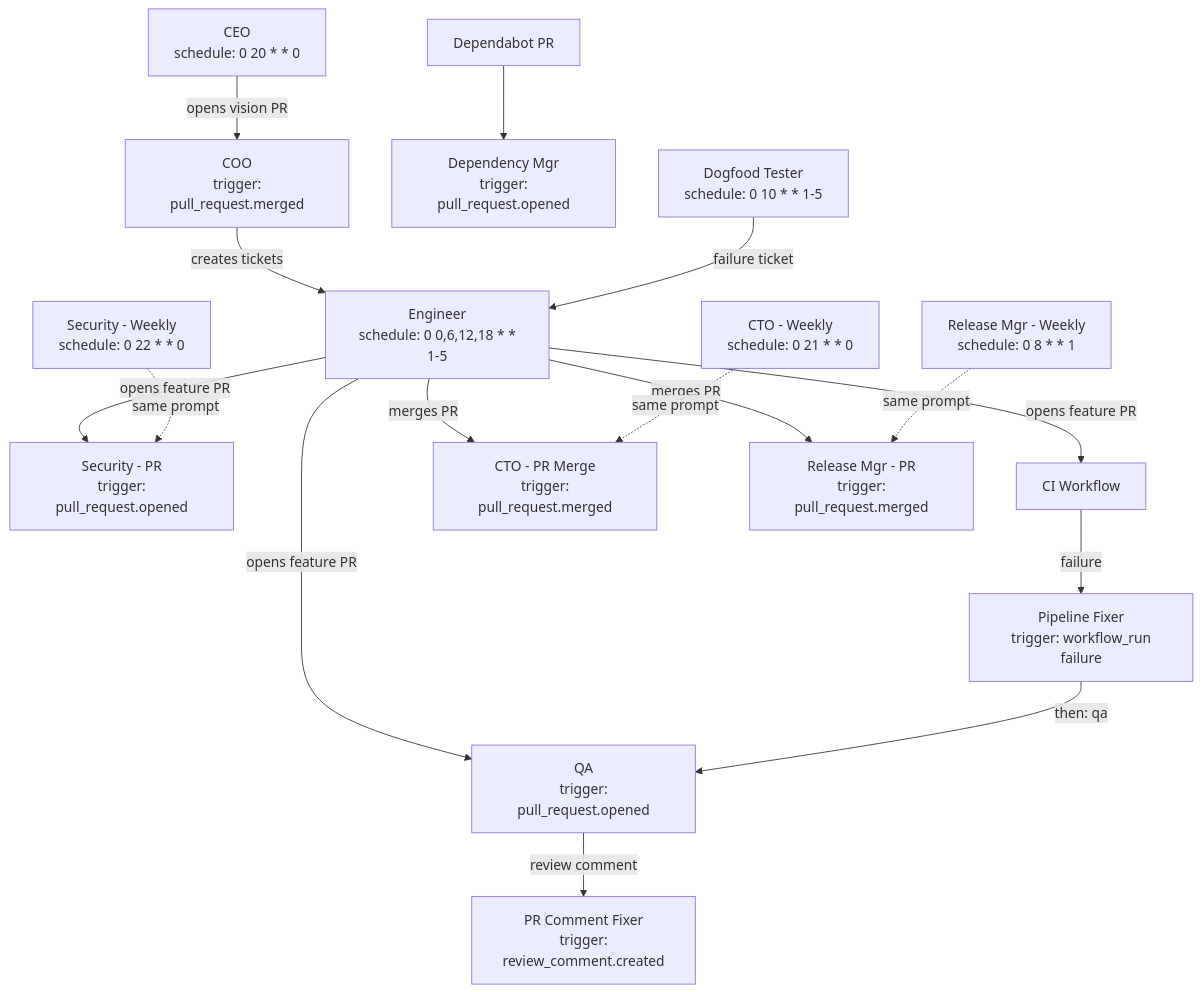
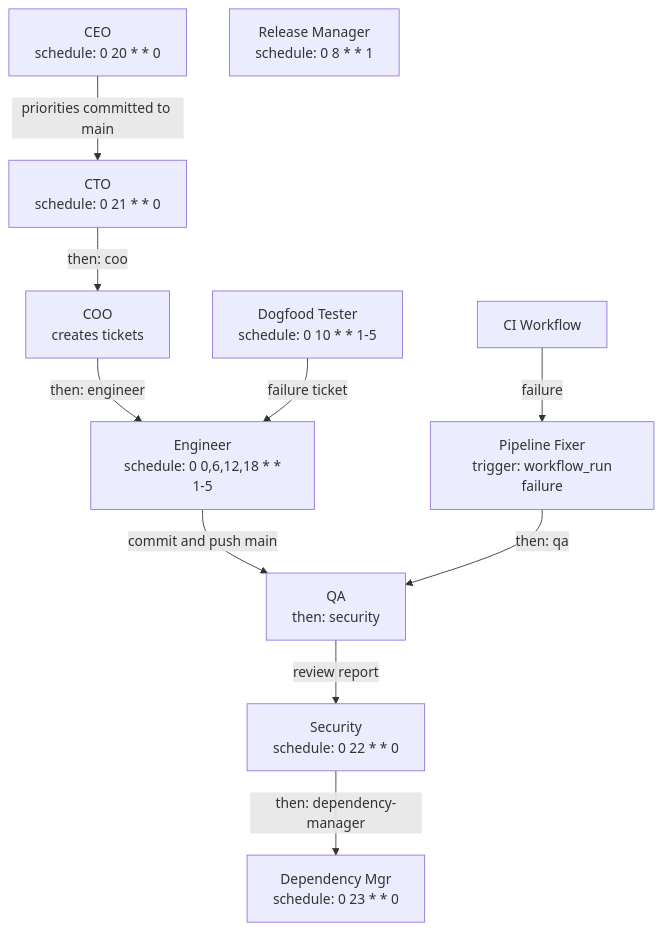
Before and after one commit to greaveselliott/MARS: the diagram in docs/design-docs/trigger-orchestration.md, drawn with Mermaid. The commit also changed other lines of this file and 57 other files, not shown here.

````diff
--- a/docs/design-docs/trigger-orchestration.md
+++ b/docs/design-docs/trigger-orchestration.md
@@ -63,18 +61,13 @@
 ```mermaid
 flowchart TD
-    CEO["CEO\n schedule: 0 20 * * 0"] -->|"opens vision PR"| COO["COO\n trigger: pull_request.merged"]
-    COO -->|"creates tickets"| Engineer["Engineer\n schedule: 0 0,6,12,18 * * 1-5"]
-    Engineer -->|"opens feature PR"| QA["QA\n trigger: pull_request.opened"]
-    Engineer -->|"opens feature PR"| SecurityPR["Security - PR\n trigger: pull_request.opened"]
-    Engineer -->|"opens feature PR"| CI["CI Workflow"]
-    CI -->|failure| Fixer["Pipeline Fixer\n trigger: workflow_run failure"]
+    CEO["CEO\n schedule: 0 20 * * 0"] -->|"priorities committed to main"| CTO["CTO\n schedule: 0 21 * * 0"]
+    CTO -->|"then: coo"| COO["COO\n creates tickets"]
+    COO -->|"then: engineer"| Engineer["Engineer\n schedule: 0 0,6,12,18 * * 1-5"]
+    Engineer -->|"commit and push main"| QA["QA\n then: security"]
+    QA -->|"review report"| Security["Security\n schedule: 0 22 * * 0"]
+    Security -->|"then: dependency-manager"| DepMgr["Dependency Mgr\n schedule: 0 23 * * 0"]
+    CI["CI Workflow"] -->|failure| Fixer["Pipeline Fixer\n trigger: workflow_run failure"]
     Fixer -->|"then: qa"| QA
-    QA -->|"review comment"| PRFixer["PR Comment Fixer\n trigger: review_comment.created"]
-    Engineer -->|"merges PR"| CTOPR["CTO - PR Merge\n trigger: pull_request.merged"]
-    Engineer -->|"merges PR"| ReleaseP["Release Mgr - PR\n trigger: pull_request.merged"]
-    CTOWeekly["CTO - Weekly\n schedule: 0 21 * * 0"] -.->|"same prompt"| CTOPR
-    SecurityW["Security - Weekly\n schedule: 0 22 * * 0"] -.->|"same prompt"| SecurityPR
-    ReleaseW["Release Mgr - Weekly\n schedule: 0 8 * * 1"] -.->|"same prompt"| ReleaseP
-    Dependabot["Dependabot PR"] --> DepMgr["Dependency Mgr\n trigger: pull_request.opened"]
+    Release["Release Manager\n schedule: 0 8 * * 1"]
     Dogfood["Dogfood Tester\n schedule: 0 10 * * 1-5"] -->|"failure ticket"| Engineer
 ```
````
